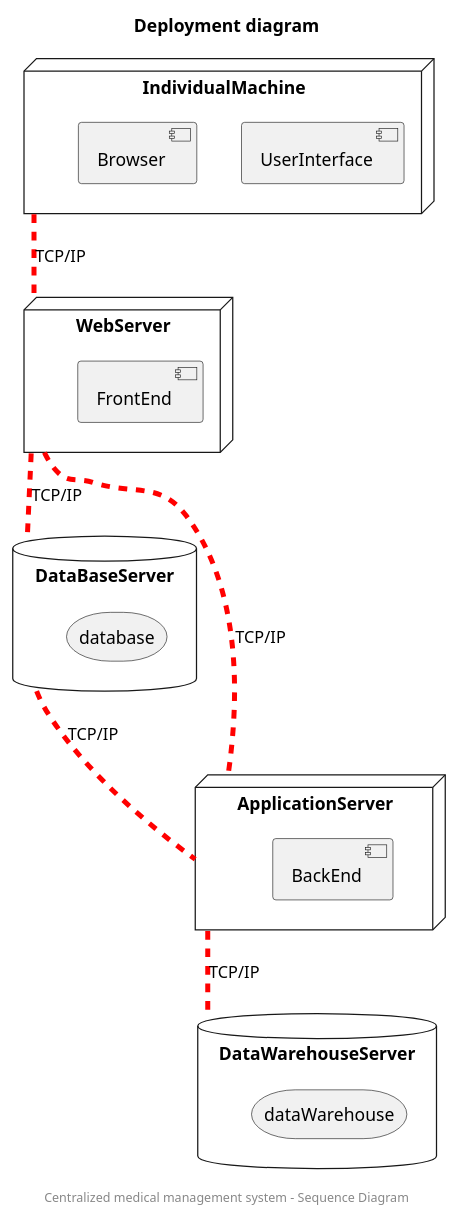
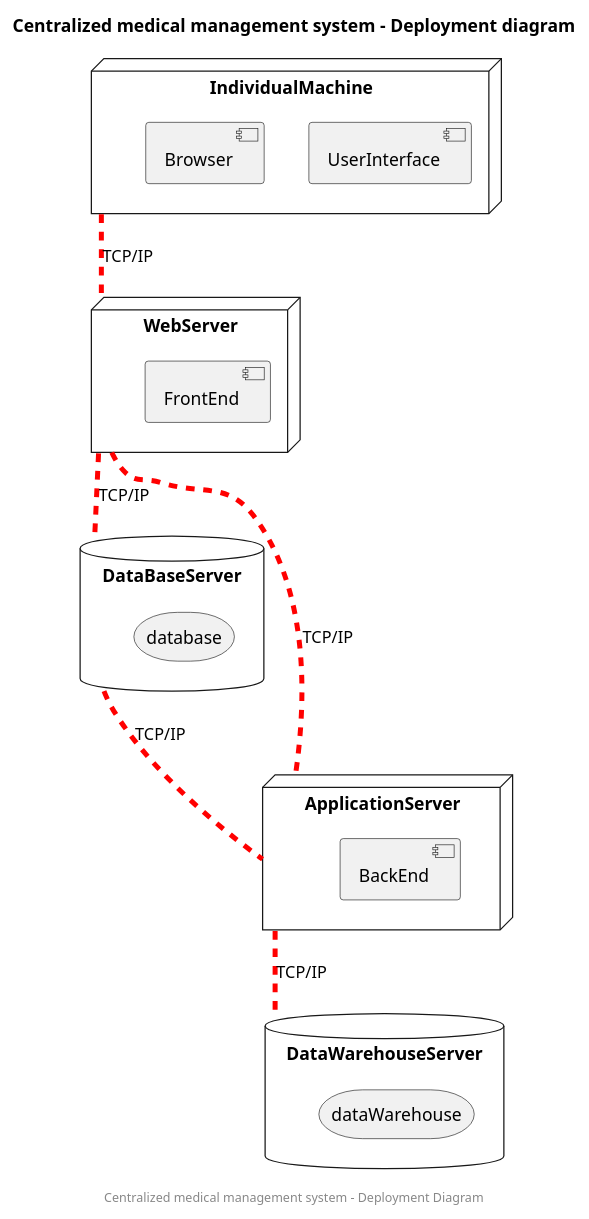
Before and after one commit to AmineSdi/PROJET_JAVAFX: the diagram in deployement.puml, drawn with PlantUML. The commit also changed 10 other files, not shown here.

```diff
--- a/deployement.puml
+++ b/deployement.puml
@@ -1,37 +1,37 @@
 @startuml
 'DOCUMENTATION
 'PLANTUML : https://plantuml.com/fr/deployment-diagram
 'WHAT'S A DEPLOYEMENT DIAGRAM : https://www.lucidchart.com/pages/fr/diagramme-de-deploiement-uml
-title Deployment diagram
-center footer Centralized medical management system - Sequence Diagram
+title Centralized medical management system - Deployment diagram
+center footer Centralized medical management system - Deployment Diagram
 
 database DataWarehouseServer as DW{
     storage dataWarehouse
 }
 
 database DataBaseServer as DB{
     storage database
 }
 
 node ApplicationServer as AS{
     component BackEnd
 
 }
 
 node WebServer as WS {
     component FrontEnd
 }
 
 node IndividualMachine as IM{
     component UserInterface
     component Browser
 }
 
 
 IM -[#red,dashed,thickness=4]- WS : TCP/IP
 WS -[#red,dashed,thickness=4]- AS : TCP/IP
 WS -[#red,dashed,thickness=4]- DB : TCP/IP
 DB -[#red,dashed,thickness=4]- AS : TCP/IP
 AS -[#red,dashed,thickness=4]- DW : TCP/IP
 
 @enduml
```
